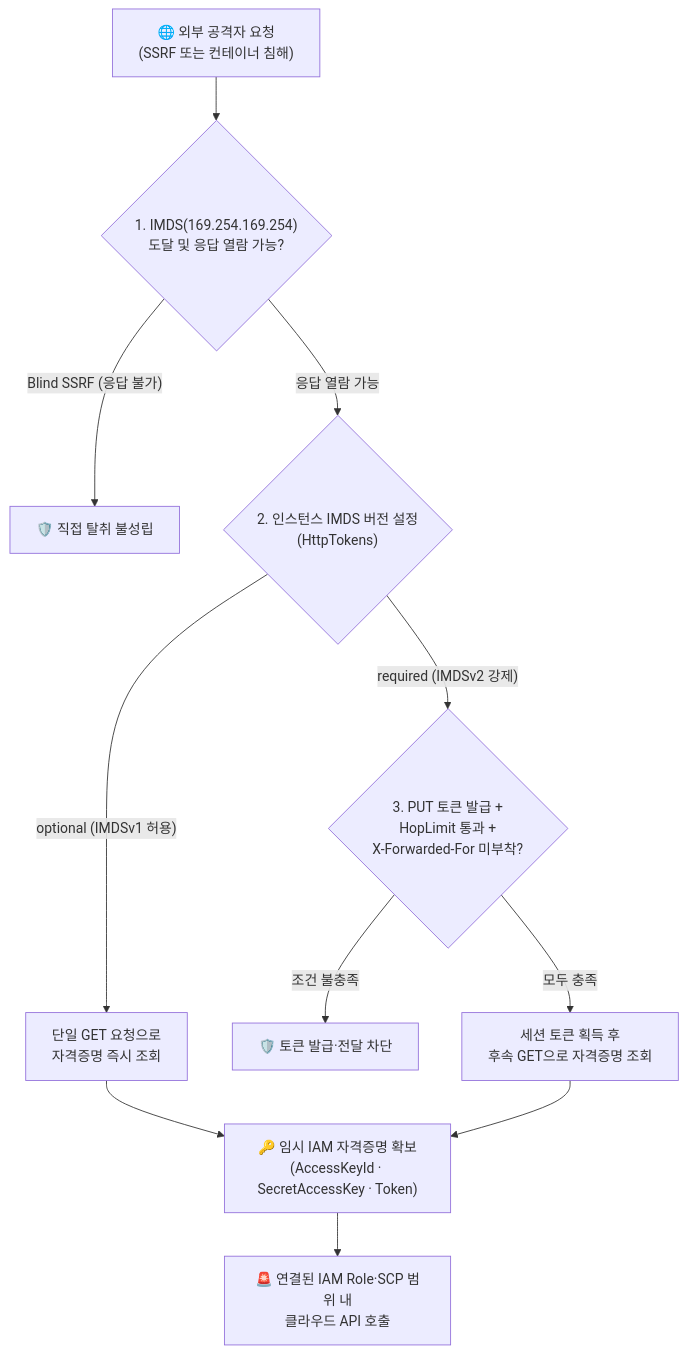
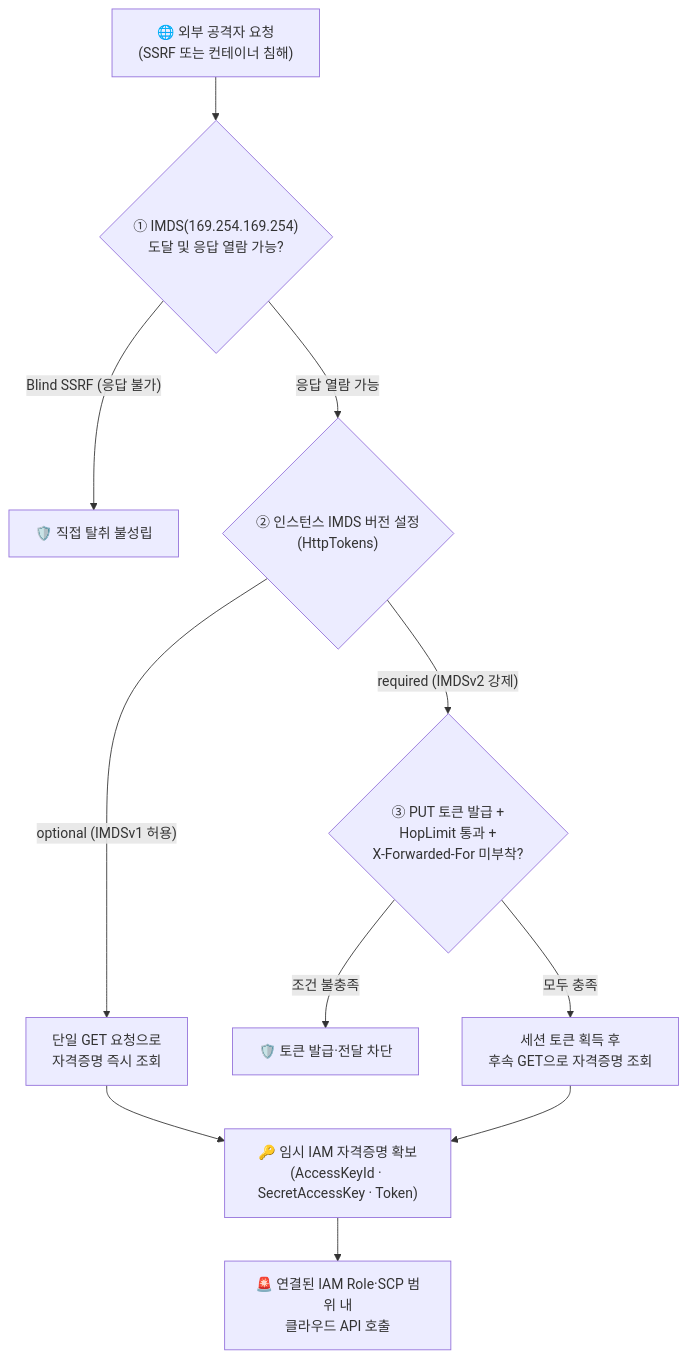
Before and after one commit to gooyong-sec/gooyong-sec.github.io: the first of 3 diagrams in content/클라우드인프라/클라우드 인프라 진단 — IMDS SSRF로 자격증명 탈취.md, drawn with Mermaid. The commit also changed 28 other files, not shown here.

First line of the commit message:
fix: eliminate remaining mermaid markdown-list misparse across all diagrams

````diff
--- a/content/클라우드인프라/클라우드 인프라 진단 — IMDS SSRF로 자격증명 탈취.md
+++ b/content/클라우드인프라/클라우드 인프라 진단 — IMDS SSRF로 자격증명 탈취.md
@@ -18,12 +18,12 @@
 ```mermaid
 flowchart TD
-    Start["🌐 외부 공격자 요청<br/>(SSRF 또는 컨테이너 침해)"] --> Cond1{"1. IMDS(169.254.169.254)<br/>도달 및 응답 열람 가능?"}
+    Start["🌐 외부 공격자 요청<br/>(SSRF 또는 컨테이너 침해)"] --> Cond1{"① IMDS(169.254.169.254)<br/>도달 및 응답 열람 가능?"}
     Cond1 -->|"Blind SSRF (응답 불가)"| Fail1["🛡️ 직접 탈취 불성립"]
-    Cond1 -->|"응답 열람 가능"| Cond2{"2. 인스턴스 IMDS 버전 설정<br/>(HttpTokens)"}
+    Cond1 -->|"응답 열람 가능"| Cond2{"② 인스턴스 IMDS 버전 설정<br/>(HttpTokens)"}
     Cond2 -->|"optional (IMDSv1 허용)"| V1["단일 GET 요청으로<br/>자격증명 즉시 조회"]
-    Cond2 -->|"required (IMDSv2 강제)"| Cond3{"3. PUT 토큰 발급 +<br/>HopLimit 통과 +<br/>X-Forwarded-For 미부착?"}
+    Cond2 -->|"required (IMDSv2 강제)"| Cond3{"③ PUT 토큰 발급 +<br/>HopLimit 통과 +<br/>X-Forwarded-For 미부착?"}
     Cond3 -->|"조건 불충족"| Fail2["🛡️ 토큰 발급·전달 차단"]
     Cond3 -->|"모두 충족"| V2["세션 토큰 획득 후<br/>후속 GET으로 자격증명 조회"]
     V1 & V2 --> Role["🔑 임시 IAM 자격증명 확보<br/>(AccessKeyId · SecretAccessKey · Token)"]
     Role --> Impact["🚨 연결된 IAM Role·SCP 범위 내<br/>클라우드 API 호출"]
 ```
````
